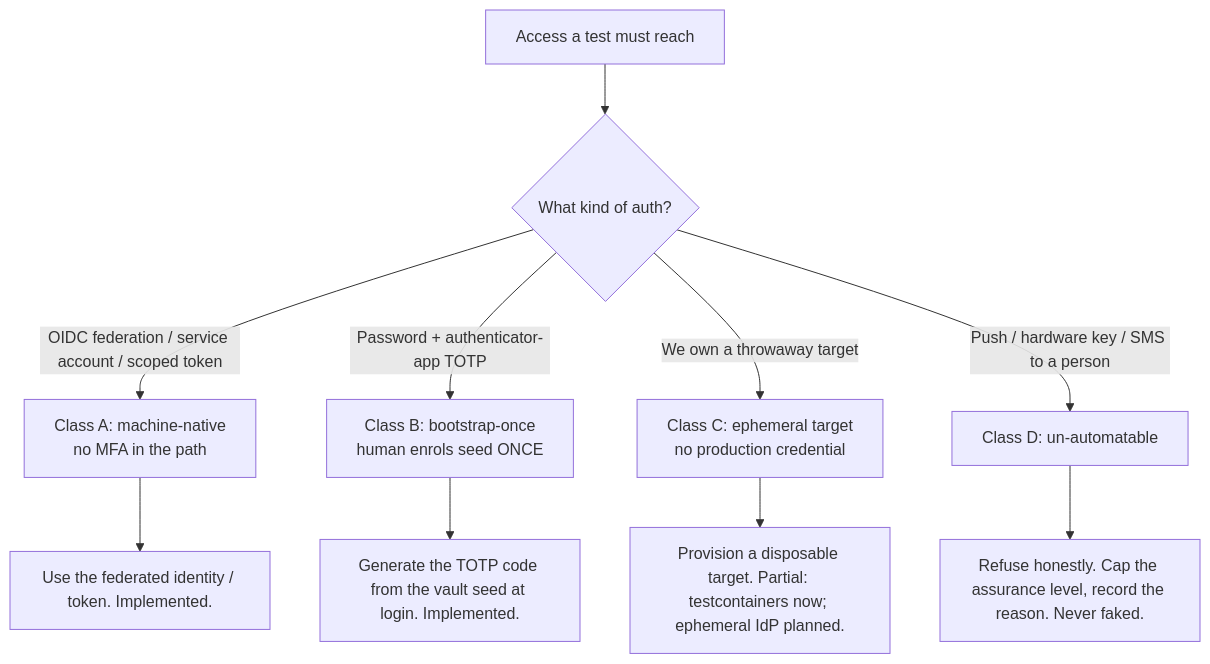
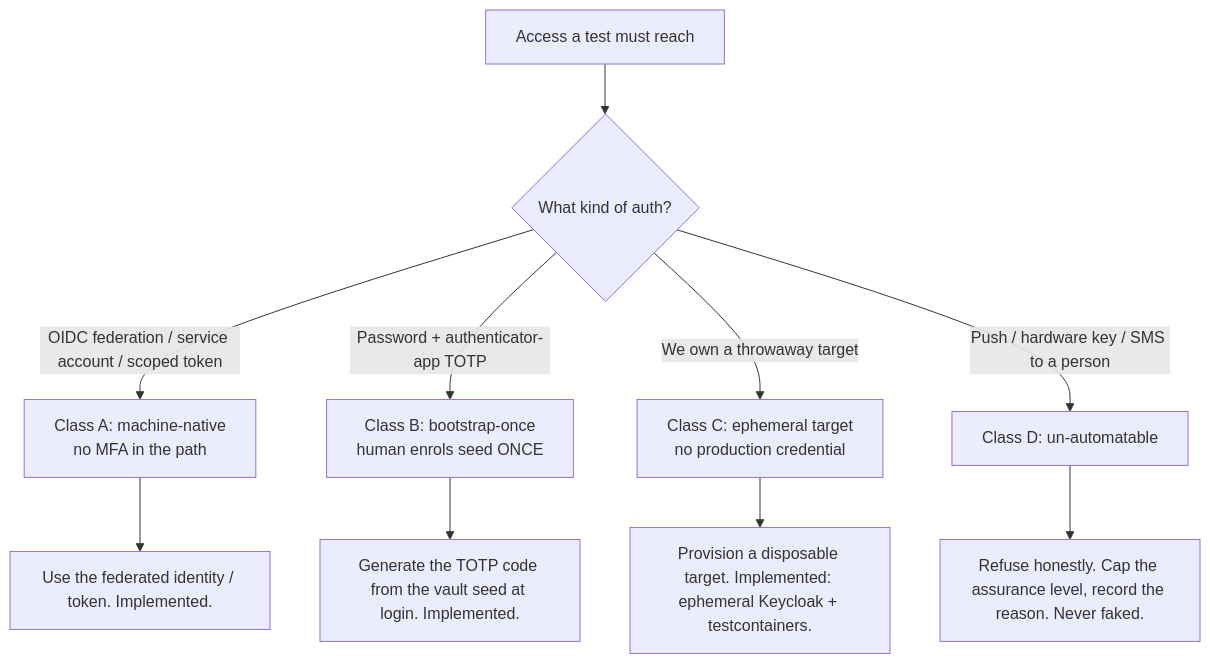
The first of 2 diagrams in docs/mfa-and-authentication.md (olafkfreund/TFactory), drawn with Mermaid before and after one commit. The commit also changed other lines of this file and 13 other files, not shown here.

````diff
--- a/docs/mfa-and-authentication.md
+++ b/docs/mfa-and-authentication.md
@@ -25,12 +25,12 @@
 ```mermaid
 flowchart TD
     A[Access a test must reach] --> Q{What kind of auth?}
     Q -->|OIDC federation / service account / scoped token| CA[Class A: machine-native<br/>no MFA in the path]
     Q -->|Password + authenticator-app TOTP| CB[Class B: bootstrap-once<br/>human enrols seed ONCE]
     Q -->|We own a throwaway target| CC[Class C: ephemeral target<br/>no production credential]
     Q -->|Push / hardware key / SMS to a person| CD[Class D: un-automatable]
     CA --> RA[Use the federated identity / token. Implemented.]
     CB --> RB[Generate the TOTP code from the vault seed at login. Implemented.]
-    CC --> RC[Provision a disposable target. Partial: testcontainers now; ephemeral IdP planned.]
+    CC --> RC[Provision a disposable target. Implemented: ephemeral Keycloak + testcontainers.]
     CD --> RD[Refuse honestly. Cap the assurance level, record the reason. Never faked.]
 ```
````
